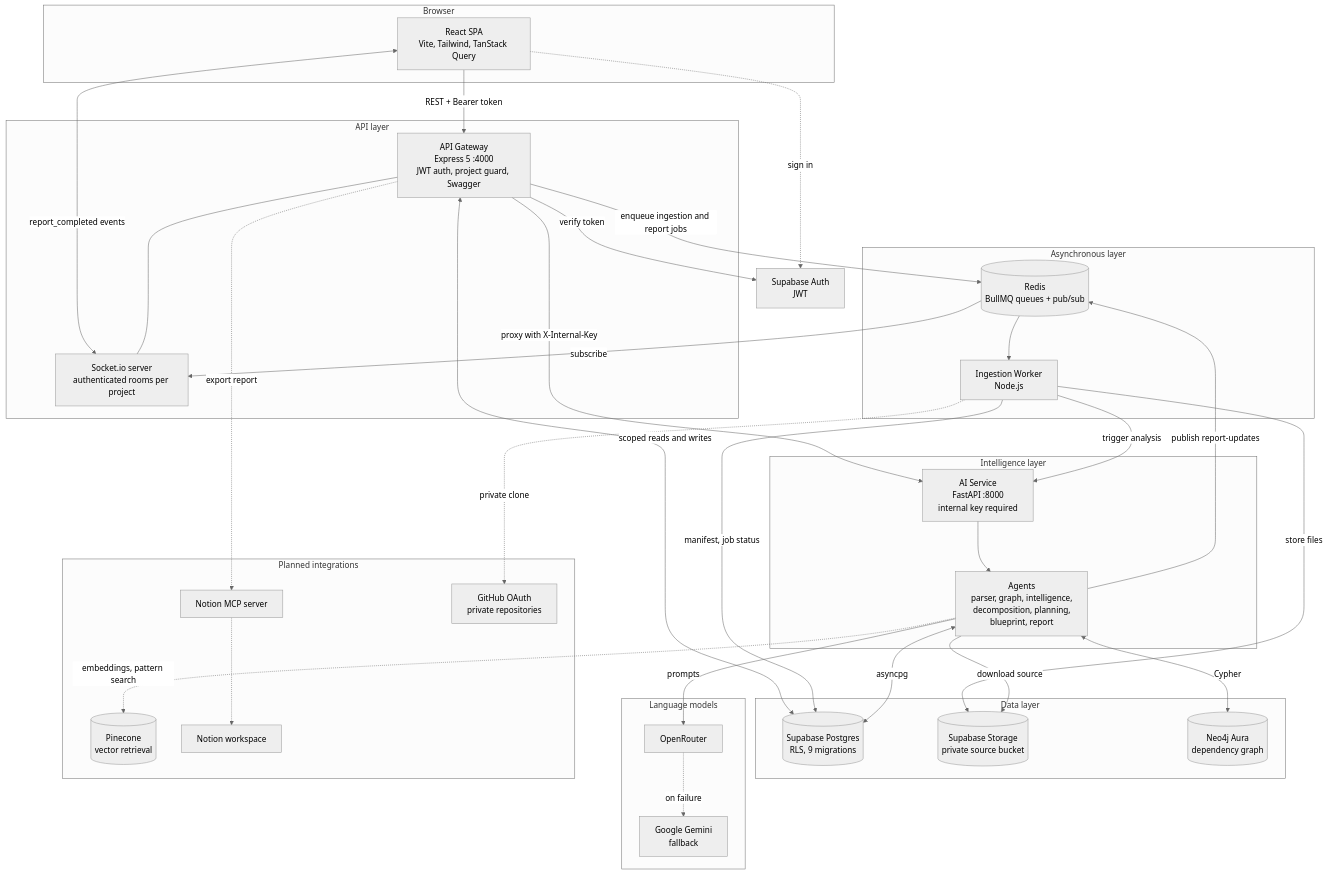
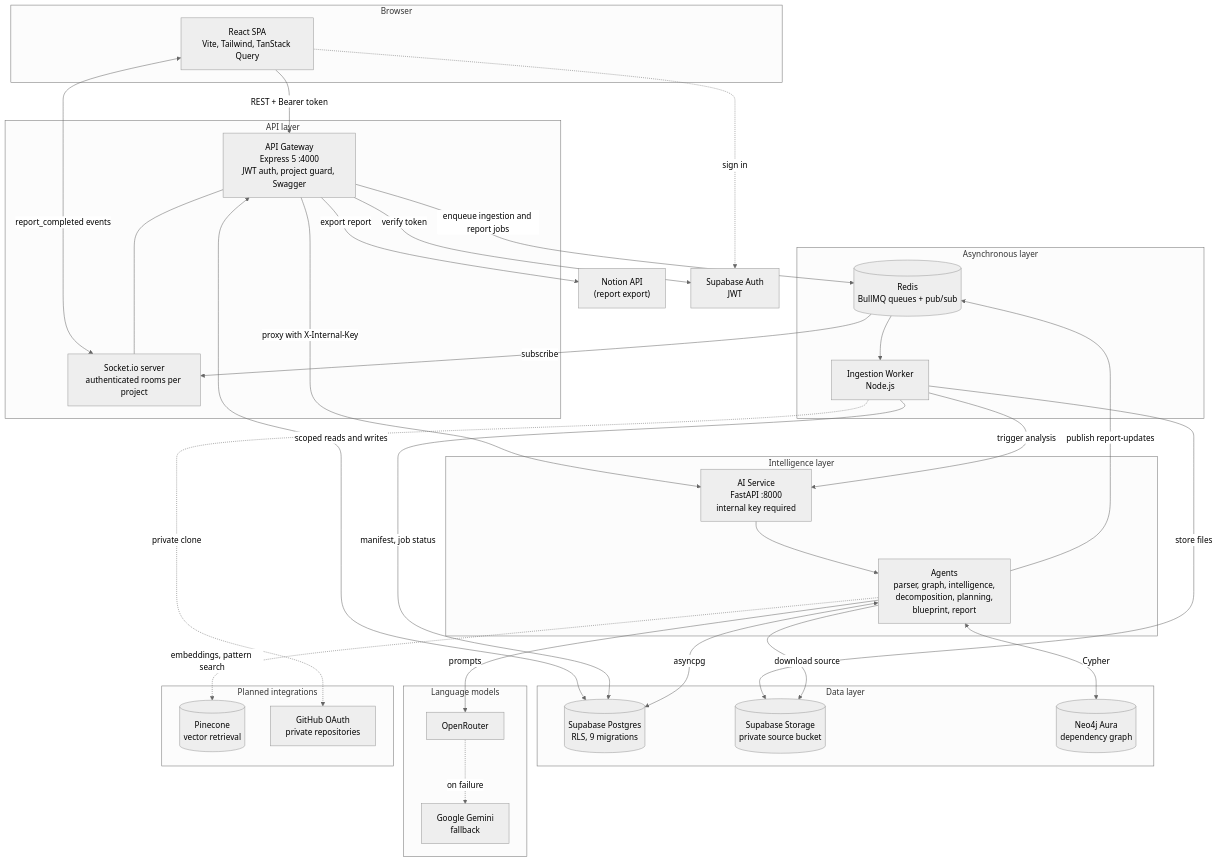
The first of 23 diagrams in README.md (Tetra4ge/MonoMelt), drawn with Mermaid (neutral theme) before and after one commit. The commit also changed other lines of this file, not shown here.

First line of the commit message:
docs: describe Notion export as implemented

````diff
--- a/README.md
+++ b/README.md
@@ -145,66 +145,65 @@
 ```mermaid
 flowchart TB
     subgraph Client["Browser"]
         SPA["React SPA<br/>Vite, Tailwind, TanStack Query"]
     end
 
     subgraph Edge["API layer"]
         GW["API Gateway<br/>Express 5 :4000<br/>JWT auth, project guard, Swagger"]
         WS["Socket.io server<br/>authenticated rooms per project"]
     end
 
     subgraph Async["Asynchronous layer"]
         Q[("Redis<br/>BullMQ queues + pub/sub")]
         WK["Ingestion Worker<br/>Node.js"]
     end
 
     subgraph Brain["Intelligence layer"]
         AI["AI Service<br/>FastAPI :8000<br/>internal key required"]
         AG["Agents<br/>parser, graph, intelligence,<br/>decomposition, planning,<br/>blueprint, report"]
     end
 
     subgraph Data["Data layer"]
         PG[("Supabase Postgres<br/>RLS, 9 migrations")]
         ST[("Supabase Storage<br/>private source bucket")]
         N4[("Neo4j Aura<br/>dependency graph")]
     end
 
     subgraph LLM["Language models"]
         OR["OpenRouter"]
         GM["Google Gemini<br/>fallback"]
     end
 
+    NT["Notion API<br/>(report export)"]
+
     subgraph Planned["Planned integrations"]
         VDB[("Pinecone<br/>vector retrieval")]
-        MCP["Notion MCP server"]
-        NT["Notion workspace"]
         GHO["GitHub OAuth<br/>private repositories"]
     end
 
     AUTH["Supabase Auth<br/>JWT"]
 
     SPA -->|"REST + Bearer token"| GW
     SPA <-->|"report_completed events"| WS
     SPA -.->|"sign in"| AUTH
     GW --- WS
     GW -->|"verify token"| AUTH
     GW -->|"enqueue ingestion and report jobs"| Q
     GW -->|"proxy with X-Internal-Key"| AI
     GW <-->|"scoped reads and writes"| PG
     Q --> WK
     WK -->|"store files"| ST
     WK -->|"manifest, job status"| PG
     WK -->|"trigger analysis"| AI
     AI --> AG
     AG <-->|"asyncpg"| PG
     AG <-->|"Cypher"| N4
     AG -->|"download source"| ST
     AG -->|"prompts"| OR
     OR -.->|"on failure"| GM
     AG -->|"publish report-updates"| Q
     Q -->|"subscribe"| WS
     AG -.->|"embeddings, pattern search"| VDB
-    GW -.->|"export report"| MCP
-    MCP -.-> NT
+    GW -->|"export report"| NT
     WK -.->|"private clone"| GHO
 ```
````
